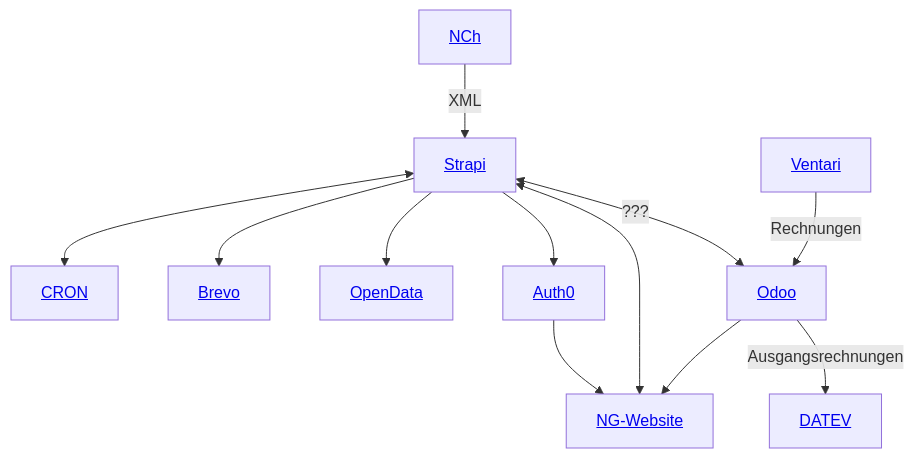
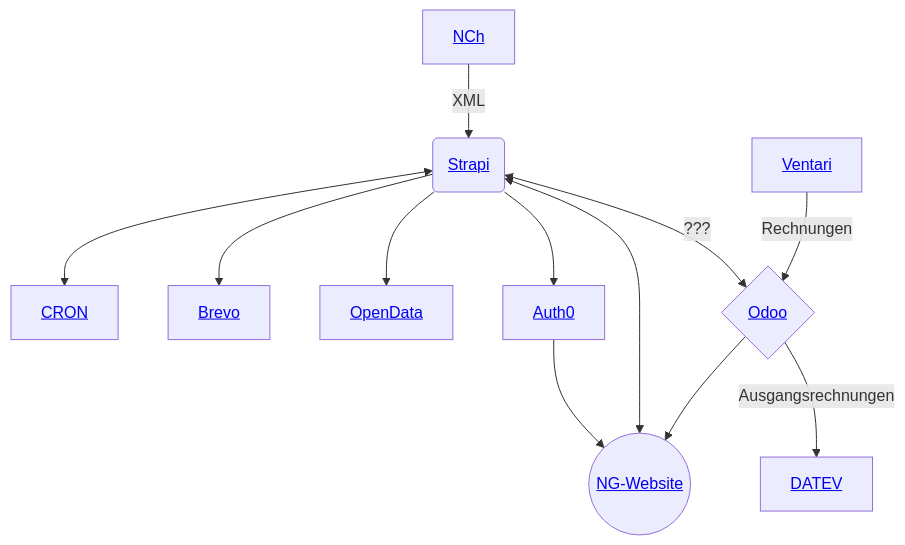
The diagram in infrastructure-future.md (GDCh-de/docs), drawn with Mermaid before and after one commit. The commit also changed other lines of this file, not shown here.

````diff
--- a/infrastructure-future.md
+++ b/infrastructure-future.md
@@ -3,13 +3,13 @@
 ```mermaid
 graph TD;
   Strapi <--> Cron[<a href='/GDCh-de/docs/blob/main/CRON.md'>CRON</a>];
   NCh[<a href='/GDCh-de/docs/blob/main/NCh.md'>NCh</a>] --> |XML| Strapi;
   Strapi --> Brevo[<a href='/GDCh-de/docs/blob/main/Brevo.md'>Brevo</a>];
   Strapi --> OpenData[<a href='/GDCh-de/docs/blob/main/OpenData.md'>OpenData</a>];
-  Strapi[<a href='/GDCh-de/docs/blob/main/Strapi.md'>Strapi</a>] --> Auth0[<a href='/GDCh-de/docs/blob/main/Auth0.md'>Auth0</a>] --> WebsiteNG[<a href='/GDCh-de/docs/blob/main/WebsiteNG.md'>NG-Website</a>];
+  Strapi(<a href='/GDCh-de/docs/blob/main/Strapi.md'>Strapi</a>) --> Auth0[<a href='/GDCh-de/docs/blob/main/Auth0.md'>Auth0</a>] --> WebsiteNG((<a href='/GDCh-de/docs/blob/main/WebsiteNG.md'>NG-Website</a>));
   Ventari[<a href='/GDCh-de/docs/blob/main/Ventari.md'>Ventari</a>] --> |Rechnungen| Odoo;
   Odoo --> WebsiteNG;
-  Odoo[<a href='/GDCh-de/docs/blob/main/Odoo.md'>Odoo</a>] --> |Ausgangsrechnungen| DATEV[<a href='/GDCh-de/docs/blob/main/DATEV.md'>DATEV</a>];
+  Odoo{<a href='/GDCh-de/docs/blob/main/Odoo.md'>Odoo</a>} --> |Ausgangsrechnungen| DATEV[<a href='/GDCh-de/docs/blob/main/DATEV.md'>DATEV</a>];
   Strapi <--> WebsiteNG;
   Strapi <--> | ??? | Odoo;
 ```
````
